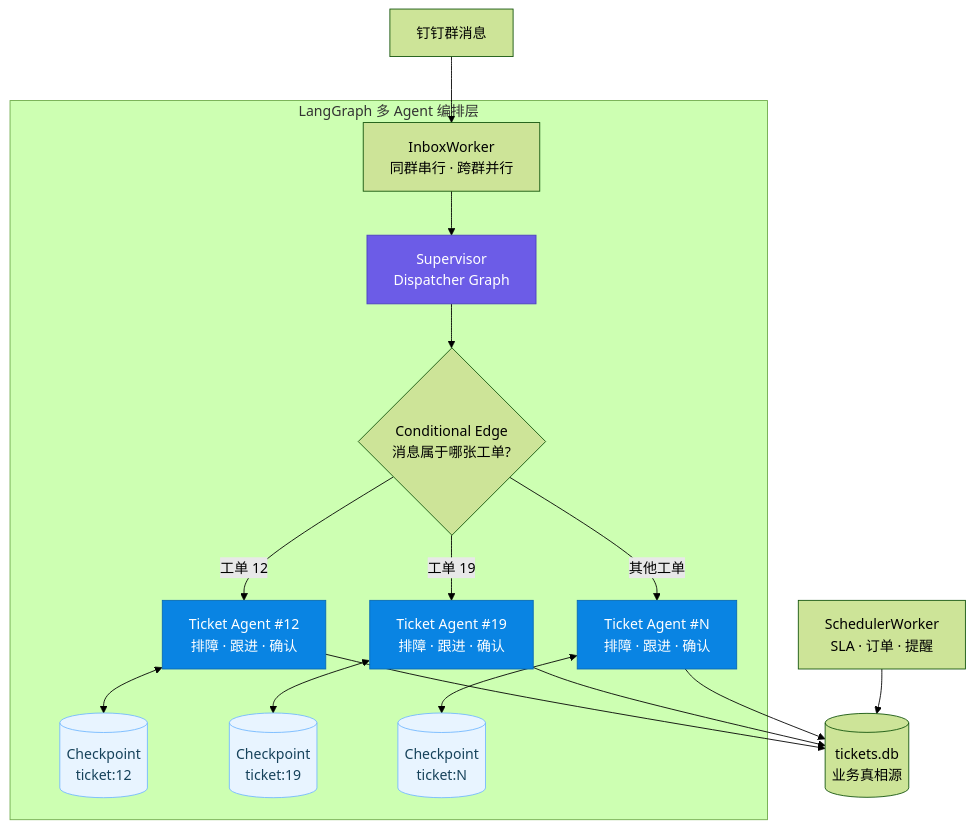
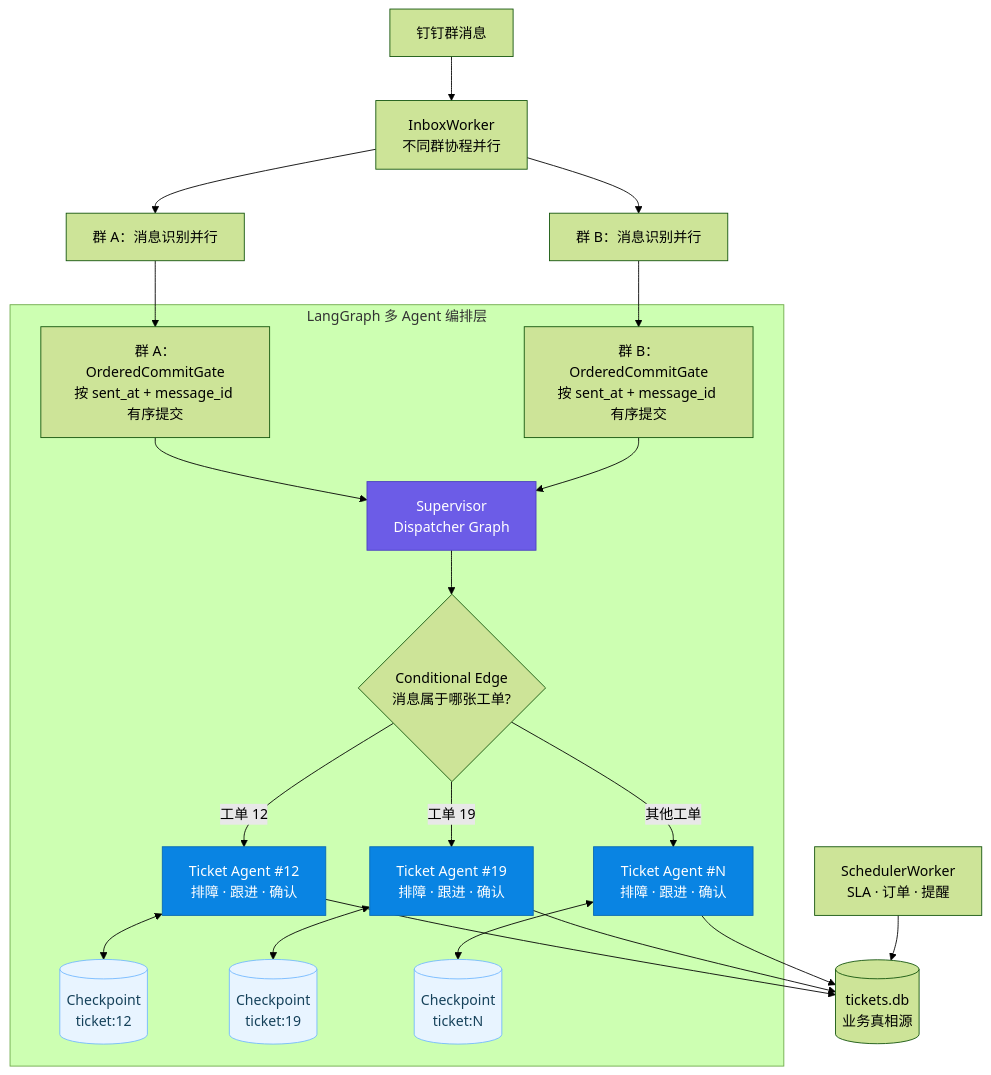
Before and after one commit to yushui6666/Dingtalk-bot-fix: the diagram in README.md, drawn with Mermaid (forest theme). The commit also changed other lines of this file and 19 other files, not shown here.

````diff
--- a/README.md
+++ b/README.md
@@ -11,29 +11,34 @@
 ```mermaid
 flowchart TB
-    M[钉钉群消息] --> W[InboxWorker<br/>同群串行 · 跨群并行]
+    M[钉钉群消息] --> W[InboxWorker<br/>不同群协程并行]
+    W --> GA[群 A：消息识别并行]
+    W --> GB[群 B：消息识别并行]
+    GA --> QA[群 A：OrderedCommitGate<br/>按 sent_at + message_id 有序提交]
+    GB --> QB[群 B：OrderedCommitGate<br/>按 sent_at + message_id 有序提交]
 
     subgraph LG[LangGraph 多 Agent 编排层]
-        W --> D[Supervisor<br/>Dispatcher Graph]
+        QA --> D[Supervisor<br/>Dispatcher Graph]
+        QB --> D
         D --> R{Conditional Edge<br/>消息属于哪张工单?}
 
         R -->|工单 12| A1[Ticket Agent #12<br/>排障 · 跟进 · 确认]
         R -->|工单 19| A2[Ticket Agent #19<br/>排障 · 跟进 · 确认]
         R -->|其他工单| AN[Ticket Agent #N<br/>排障 · 跟进 · 确认]
 
         A1 <--> C1[(Checkpoint<br/>ticket:12)]
         A2 <--> C2[(Checkpoint<br/>ticket:19)]
         AN <--> CN[(Checkpoint<br/>ticket:N)]
     end
 
     A1 --> DB[(tickets.db<br/>业务真相源)]
     A2 --> DB
     AN --> DB
     S[SchedulerWorker<br/>SLA · 订单 · 提醒] --> DB
 
     classDef supervisor fill:#6c5ce7,color:#fff,stroke:#4b3fc1
     classDef agent fill:#0984e3,color:#fff,stroke:#0769b2
     classDef checkpoint fill:#e8f4ff,color:#16425b,stroke:#74b9ff
     class D supervisor
     class A1,A2,AN agent
     class C1,C2,CN checkpoint
 ```
````
